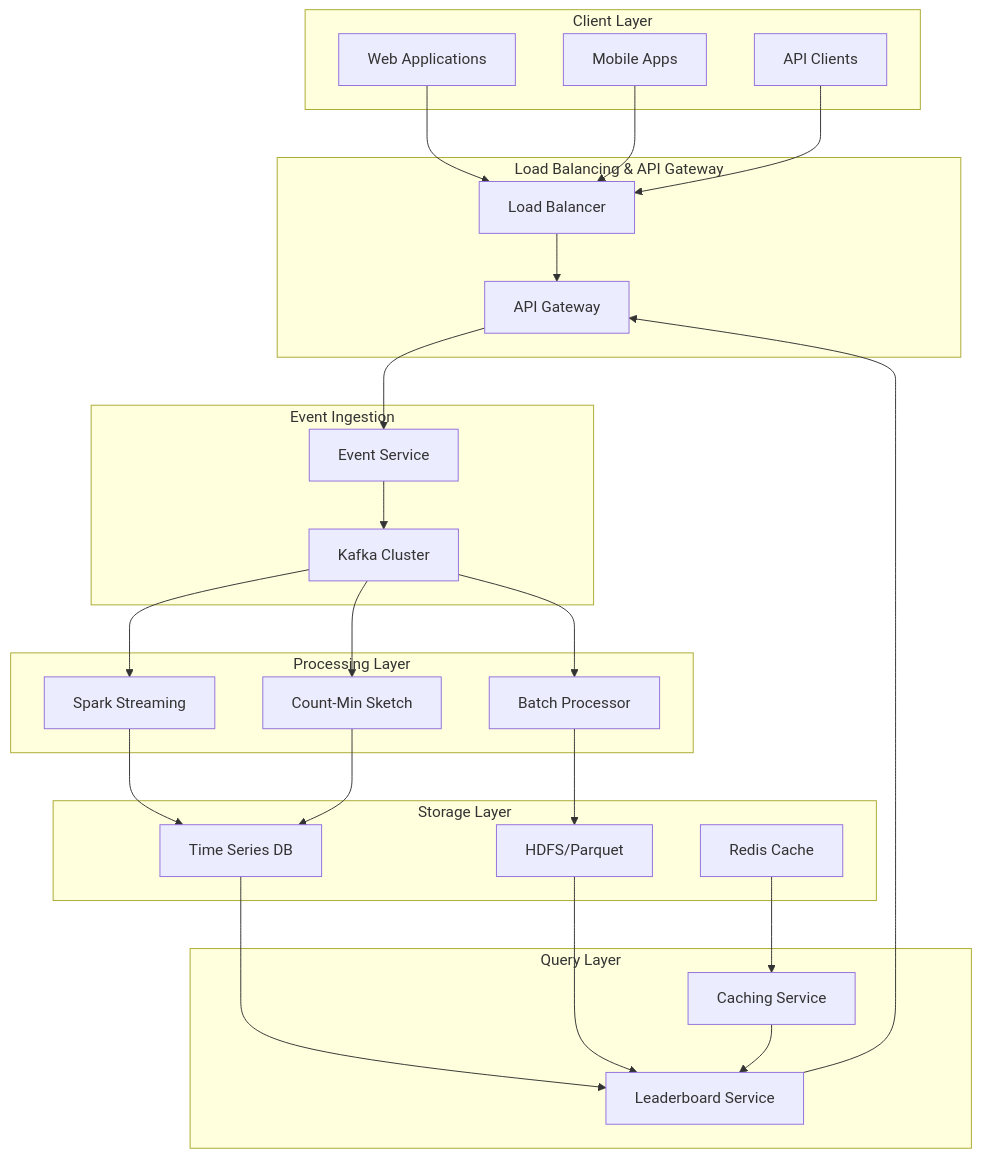
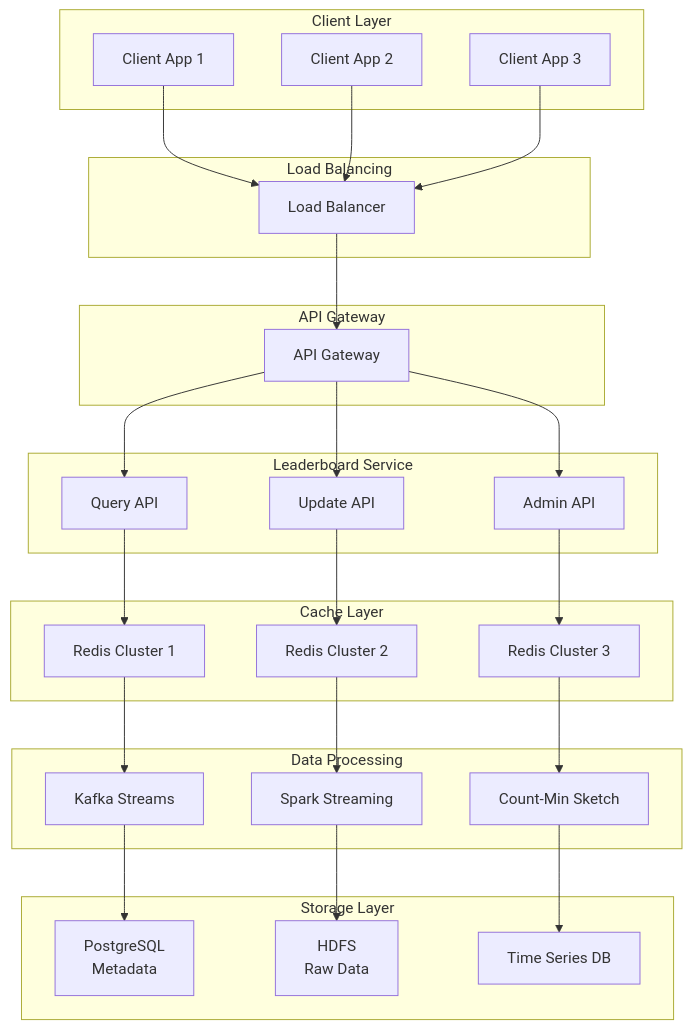
One commit to rmjamd/android-chatting-and-posting-application changed the first of 16 diagrams in README.md. Above: the diagram before and after it, drawn with Mermaid. The commit also changed other lines of this file, not shown here.

````diff
--- a/README.md
+++ b/README.md
@@ -695,57 +217,57 @@
 ```mermaid
 graph TB
     subgraph "Client Layer"
-        WEB[Web Applications]
-        MOBILE[Mobile Apps]
-        API_CLIENT[API Clients]
+        C1[Client App 1]
+        C2[Client App 2]
+        C3[Client App 3]
     end
     
-    subgraph "Load Balancing & API Gateway"
+    subgraph "Load Balancing"
         LB[Load Balancer]
-        API_GW[API Gateway]
     end
     
-    subgraph "Event Ingestion"
-        EVENT_SERVICE[Event Service]
-        KAFKA[Kafka Cluster]
+    subgraph "API Gateway"
+        AG[API Gateway]
     end
     
-    subgraph "Processing Layer"
-        SPARK[Spark Streaming]
+    subgraph "Leaderboard Service"
+        QA[Query API]
+        UA[Update API]
+        AA[Admin API]
+    end
+    
+    subgraph "Cache Layer"
+        R1[Redis Cluster 1]
+        R2[Redis Cluster 2]
+        R3[Redis Cluster 3]
+    end
+    
+    subgraph "Data Processing"
+        KS[Kafka Streams]
+        SS[Spark Streaming]
         CMS[Count-Min Sketch]
-        BATCH[Batch Processor]
     end
     
     subgraph "Storage Layer"
-        TSDB[Time Series DB]
-        HDFS[HDFS/Parquet]
-        REDIS[Redis Cache]
+        PG[PostgreSQL<br/>Metadata]
+        HDFS[HDFS<br/>Raw Data]
+        TS[Time Series DB]
     end
     
-    subgraph "Query Layer"
-        LEADERBOARD[Leaderboard Service]
-        CACHE[Caching Service]
-    end
-    
-    WEB --> LB
-    MOBILE --> LB
-    API_CLIENT --> LB
-    LB --> API_GW
-    API_GW --> EVENT_SERVICE
-    EVENT_SERVICE --> KAFKA
-    
-    KAFKA --> SPARK
-    KAFKA --> CMS
-    KAFKA --> BATCH
-    
-    SPARK --> TSDB
-    CMS --> TSDB
-    BATCH --> HDFS
-    
-    TSDB --> LEADERBOARD
-    HDFS --> LEADERBOARD
-    REDIS --> CACHE
-    CACHE --> LEADERBOARD
-    
-    LEADERBOARD --> API_GW
+    C1 --> LB
+    C2 --> LB
+    C3 --> LB
+    LB --> AG
+    AG --> QA
+    AG --> UA
+    AG --> AA
+    QA --> R1
+    UA --> R2
+    AA --> R3
+    R1 --> KS
+    R2 --> SS
+    R3 --> CMS
+    KS --> PG
+    SS --> HDFS
+    CMS --> TS
 ```
````
